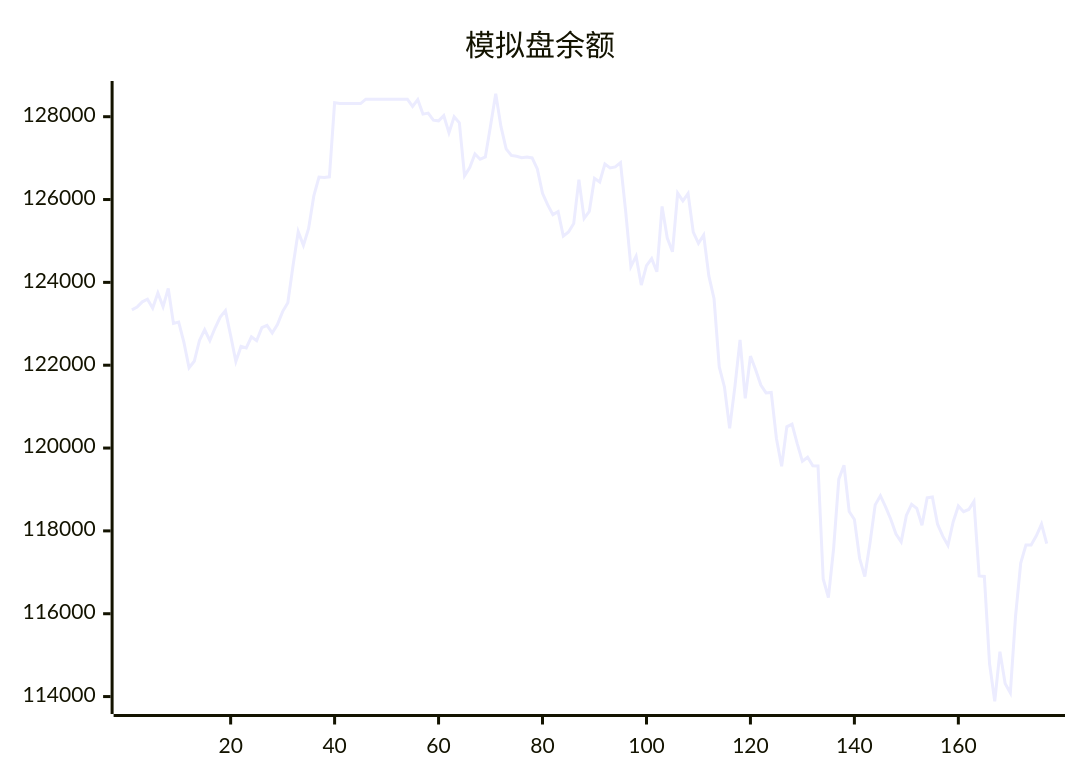
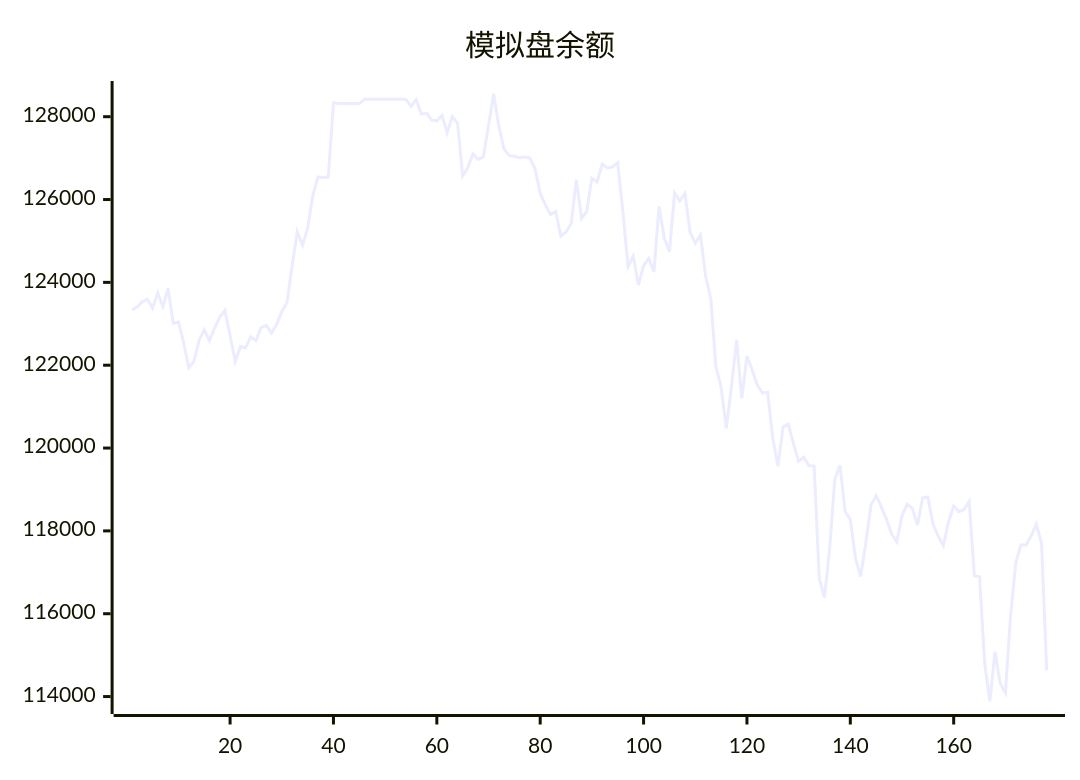
The diagram in README.md (aahl/ai-trading), drawn with Mermaid before and after one commit. The commit also changed other lines of this file and 1 other file, not shown here.

````diff
--- a/README.md
+++ b/README.md
@@ -5,5 +5,5 @@
 ```mermaid
 xychart
     title "模拟盘余额"
-    line [123338,123402,123530,123592,123378,123745,123413,123853,123009,123040,122557,121938,122095,122599,122856,122597,122898,123160,123319,122719,122087,122454,122416,122685,122592,122907,122961,122776,122981,123295,123507,124403,125224,124894,125303,126088,126544,126534,126549,128335,128318,128318,128318,128318,128318,128424,128424,128424,128424,128424,128424,128424,128424,128424,128247,128412,128062,128087,127917,127901,128026,127611,128000,127850,126572,126770,127100,126971,127029,127783,128554,127765,127224,127064,127044,127009,127025,127004,126738,126152,125871,125635,125707,125117,125217,125420,126480,125545,125715,126511,126424,126856,126764,126788,126890,125710,124381,124632,123936,124402,124574,124256,125833,125070,124739,126154,125966,126145,125213,124943,125143,124157,123604,121959,121476,120476,121470,122610,121201,122221,121889,121522,121332,121344,120232,119559,120513,120577,120108,119680,119777,119572,119568,116839,116392,117573,119250,119585,118469,118277,117338,116897,117706,118628,118849,118579,118280,117926,117735,118373,118639,118544,118136,118798,118819,118162,117874,117649,118215,118601,118463,118517,118713,116911,116899,114798,113887,115084,114313,114091,115934,117221,117658,117658,117883,118164,117693]
+    line [123338,123402,123530,123592,123378,123745,123413,123853,123009,123040,122557,121938,122095,122599,122856,122597,122898,123160,123319,122719,122087,122454,122416,122685,122592,122907,122961,122776,122981,123295,123507,124403,125224,124894,125303,126088,126544,126534,126549,128335,128318,128318,128318,128318,128318,128424,128424,128424,128424,128424,128424,128424,128424,128424,128247,128412,128062,128087,127917,127901,128026,127611,128000,127850,126572,126770,127100,126971,127029,127783,128554,127765,127224,127064,127044,127009,127025,127004,126738,126152,125871,125635,125707,125117,125217,125420,126480,125545,125715,126511,126424,126856,126764,126788,126890,125710,124381,124632,123936,124402,124574,124256,125833,125070,124739,126154,125966,126145,125213,124943,125143,124157,123604,121959,121476,120476,121470,122610,121201,122221,121889,121522,121332,121344,120232,119559,120513,120577,120108,119680,119777,119572,119568,116839,116392,117573,119250,119585,118469,118277,117338,116897,117706,118628,118849,118579,118280,117926,117735,118373,118639,118544,118136,118798,118819,118162,117874,117649,118215,118601,118463,118517,118713,116911,116899,114798,113887,115084,114313,114091,115934,117221,117658,117658,117883,118164,117693,114632]
 ```
````
